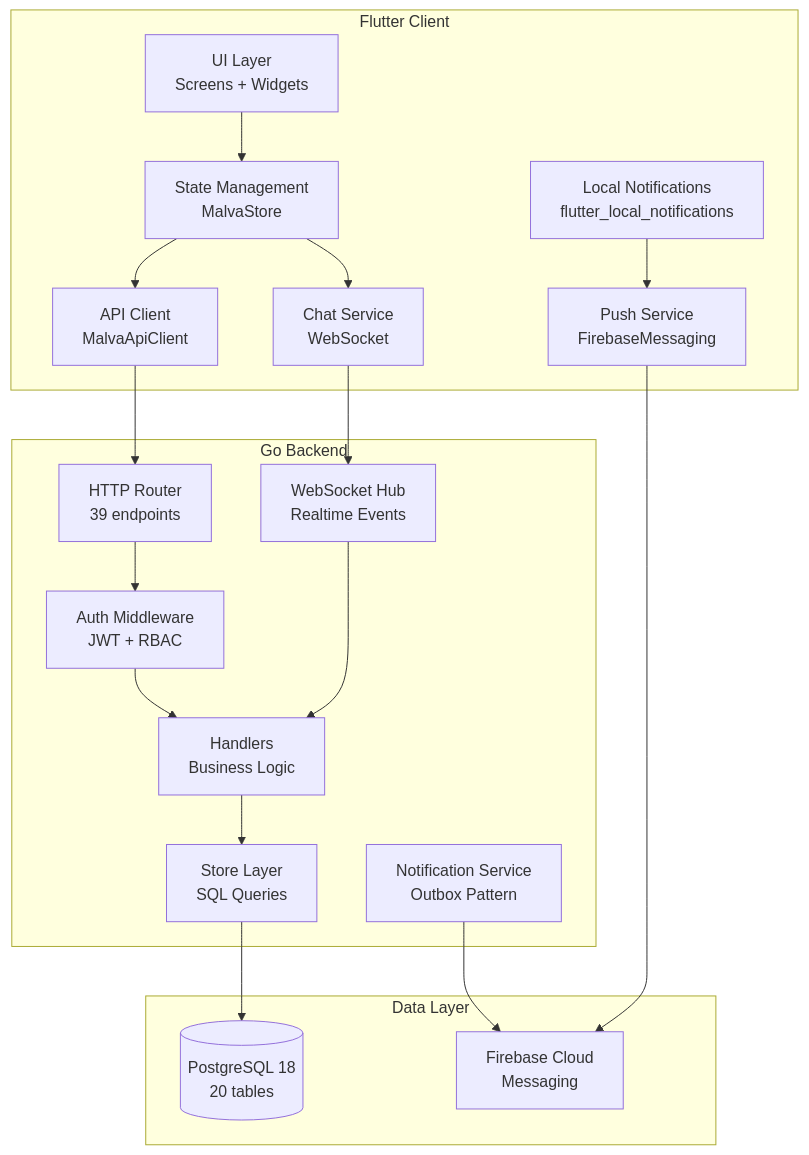
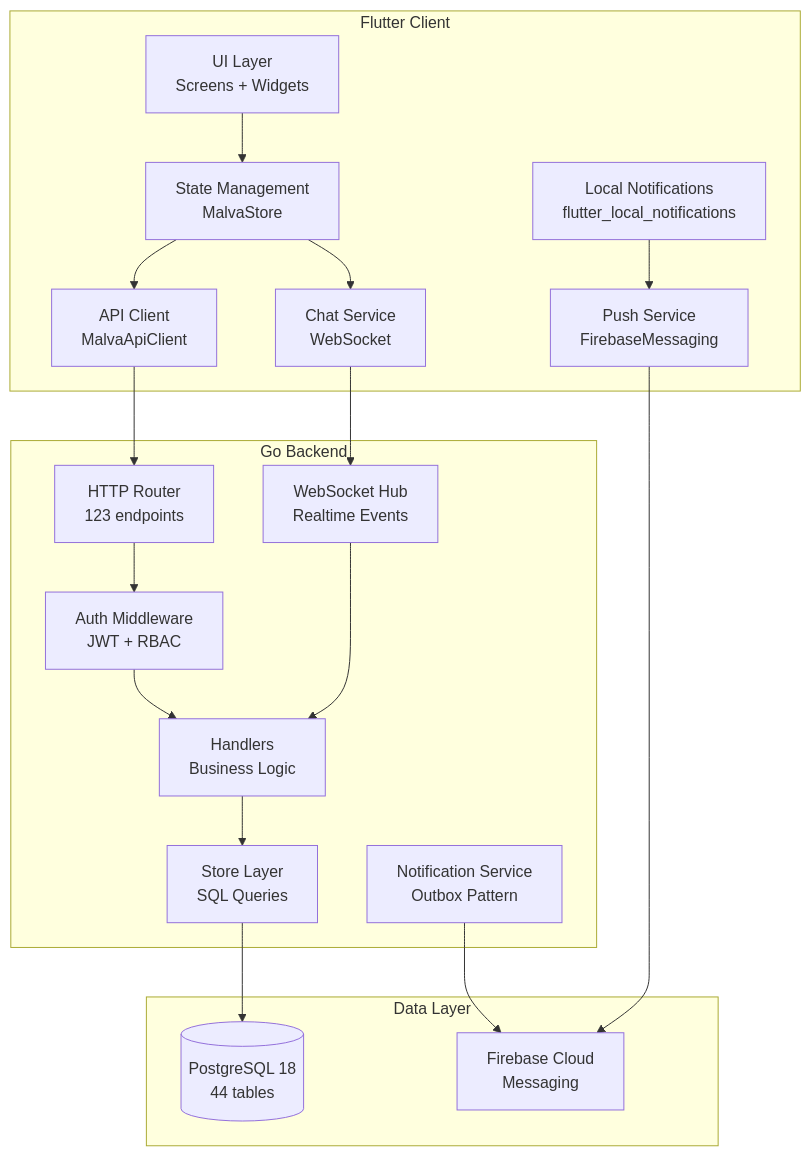
The first of 8 diagrams in docs/ARCHITECTURE.md (Chokobunni/malva-mental-health), drawn with Mermaid before and after one commit. The commit also changed other lines of this file and 5 other files, not shown here.

````diff
--- a/docs/ARCHITECTURE.md
+++ b/docs/ARCHITECTURE.md
@@ -15,39 +22,39 @@
 ```mermaid
 graph TB
     subgraph Client["Flutter Client"]
         UI["UI Layer<br/>Screens + Widgets"]
         Store["State Management<br/>MalvaStore"]
         API["API Client<br/>MalvaApiClient"]
         Chat["Chat Service<br/>WebSocket"]
         FCM["Push Service<br/>FirebaseMessaging"]
         Local["Local Notifications<br/>flutter_local_notifications"]
     end
 
     subgraph Backend["Go Backend"]
-        Router["HTTP Router<br/>39 endpoints"]
+        Router["HTTP Router<br/>123 endpoints"]
         Auth["Auth Middleware<br/>JWT + RBAC"]
         WS["WebSocket Hub<br/>Realtime Events"]
         Handlers["Handlers<br/>Business Logic"]
         StoreB["Store Layer<br/>SQL Queries"]
         Notif["Notification Service<br/>Outbox Pattern"]
     end
 
     subgraph Data["Data Layer"]
-        PG[("PostgreSQL 18<br/>20 tables")]
+        PG[("PostgreSQL 18<br/>44 tables")]
         FCM2["Firebase Cloud<br/>Messaging"]
     end
 
     UI --> Store
     Store --> API
     Store --> Chat
     API --> Router
     Chat --> WS
     Router --> Auth
     Auth --> Handlers
     Handlers --> StoreB
     StoreB --> PG
     Notif --> FCM2
     WS --> Handlers
     FCM --> FCM2
     Local --> FCM
 ```
````
